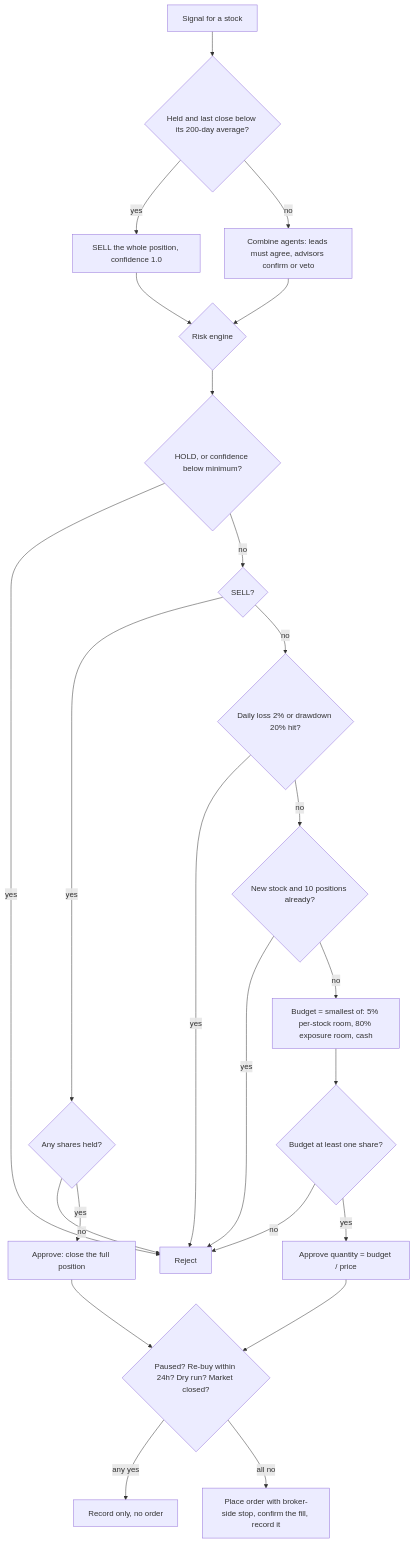
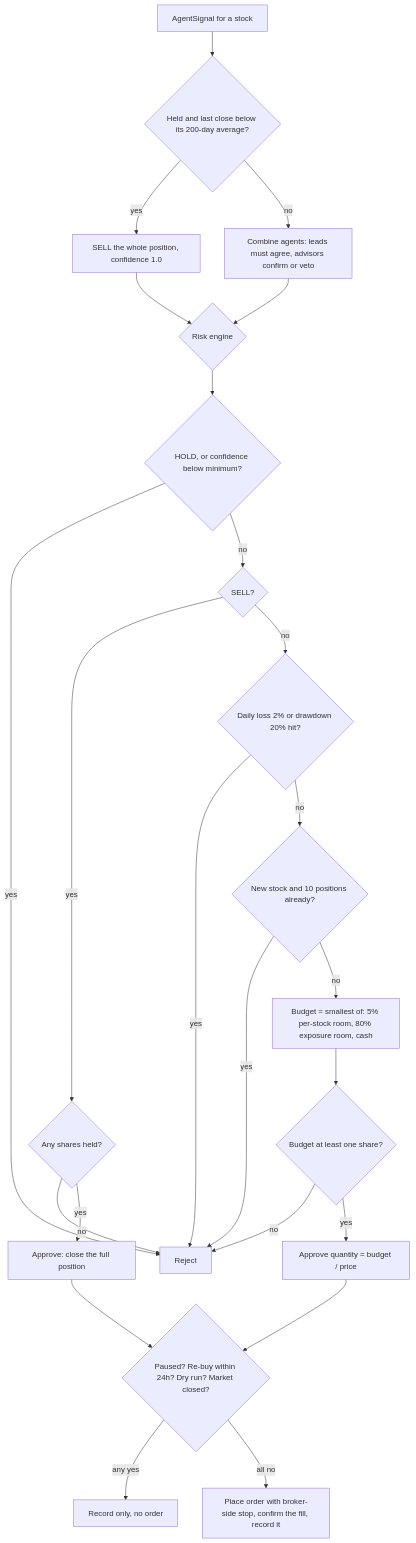
The second of 2 diagrams in README.md (rishit128/trading-bot), drawn with Mermaid before and after one commit. The commit also changed other lines of this file and 141 other files, not shown here.

````diff
--- a/README.md
+++ b/README.md
@@ -189,26 +189,26 @@
 ```mermaid
 flowchart TD
-    A[Signal for a stock] --> T{Held and last close below its 200-day average?}
+    A[AgentSignal for a stock] --> T{Held and last close below its 200-day average?}
     T -- yes --> S[SELL the whole position, confidence 1.0]
     T -- no --> C[Combine agents: leads must agree, advisors confirm or veto]
     S --> R
     C --> R{Risk engine}
     R --> H{HOLD, or confidence below minimum?}
     H -- yes --> X[Reject]
     H -- no --> SELLQ{SELL?}
     SELLQ -- yes --> HELD{Any shares held?}
     HELD -- no --> X
     HELD -- yes --> OK[Approve: close the full position]
     SELLQ -- no --> HALT{Daily loss 2% or drawdown 20% hit?}
     HALT -- yes --> X
     HALT -- no --> MAXP{New stock and 10 positions already?}
     MAXP -- yes --> X
     MAXP -- no --> BUD["Budget = smallest of: 5% per-stock room, 80% exposure room, cash"]
     BUD --> ROOM{Budget at least one share?}
     ROOM -- no --> X
     ROOM -- yes --> QTY[Approve quantity = budget / price]
     OK --> G
     QTY --> G{Paused? Re-buy within 24h? Dry run? Market closed?}
     G -- any yes --> N[Record only, no order]
     G -- all no --> E[Place order with broker-side stop, confirm the fill, record it]
 ```
````
